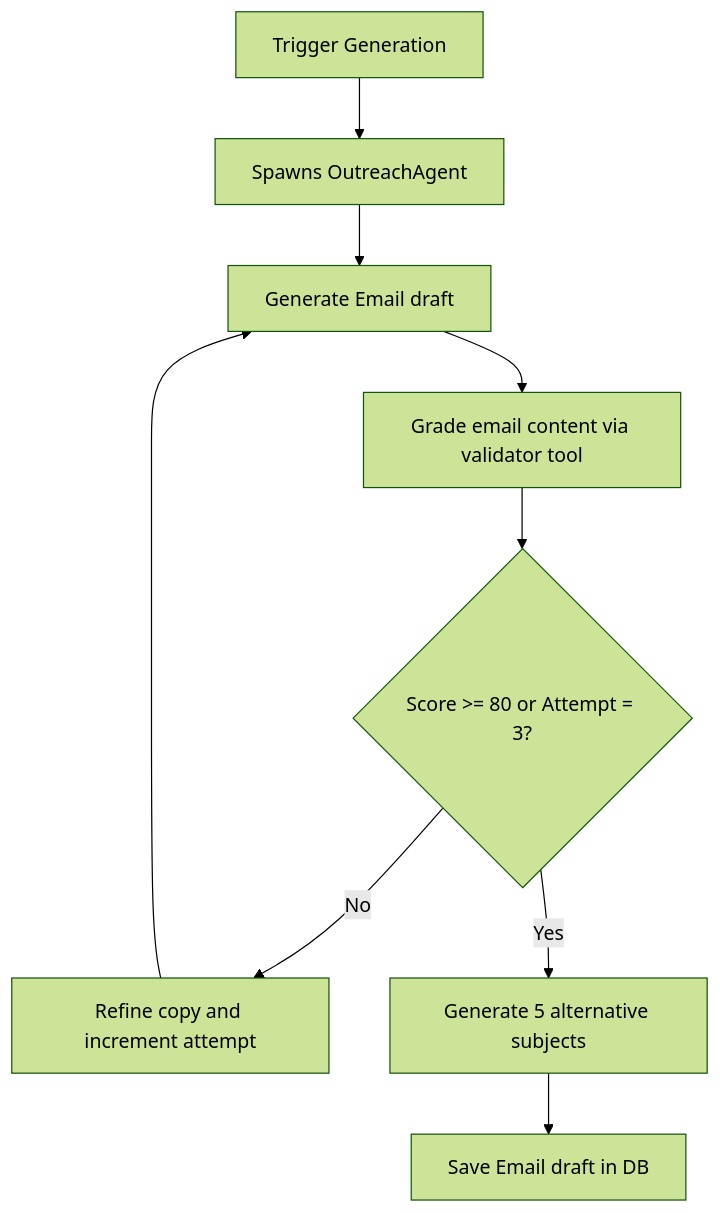
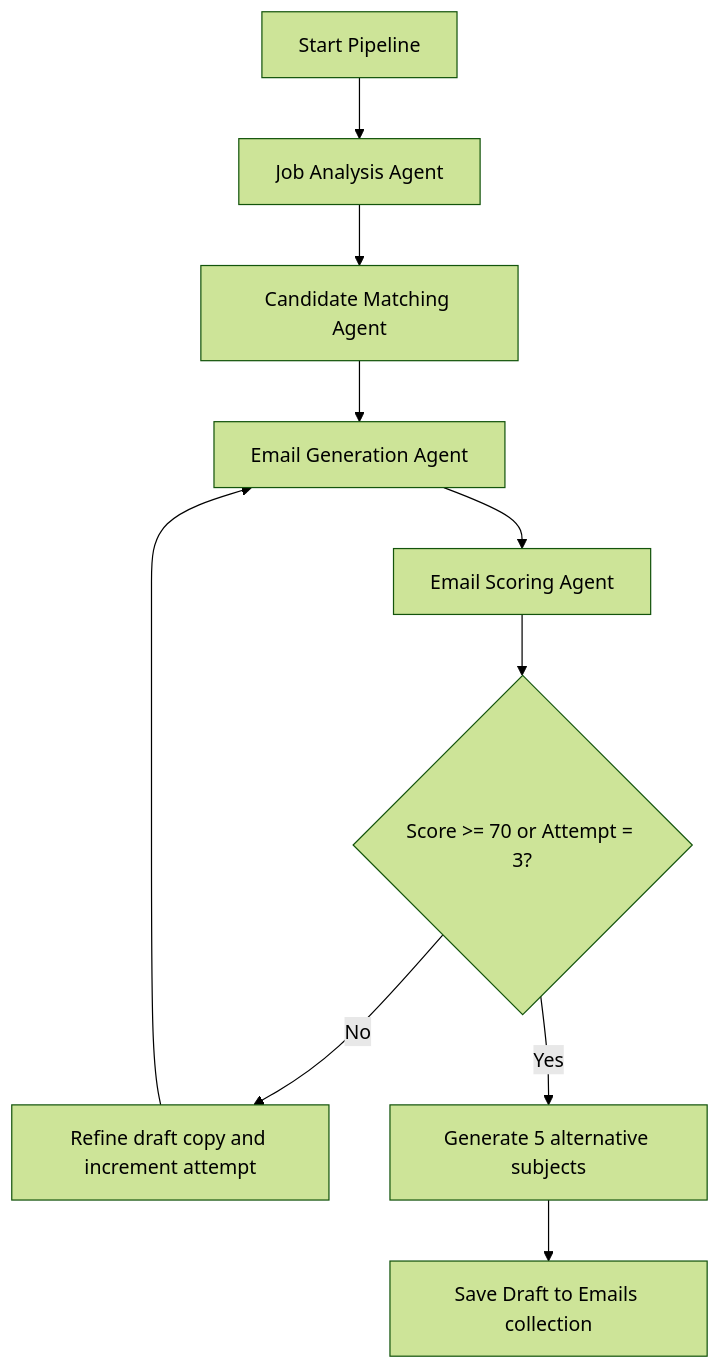
Before and after one commit to tamal006/cold-email-ai-agent: the third of 3 diagrams in docs/FEATURE_DOCUMENTATION.md, drawn with Mermaid (forest theme). The commit also changed other lines of this file and 107 other files, not shown here.

````diff
--- a/docs/FEATURE_DOCUMENTATION.md
+++ b/docs/FEATURE_DOCUMENTATION.md
@@ -77,11 +77,12 @@
   ```mermaid
   graph TD
-      A[Trigger Generation] --> B[Spawns OutreachAgent]
-      B --> C[Generate Email draft]
-      C --> D[Grade email content via validator tool]
-      D --> E{Score >= 80 or Attempt = 3?}
-      E -->|No| F[Refine copy and increment attempt]
-      F --> C
-      E -->|Yes| G[Generate 5 alternative subjects]
-      G --> H[Save Email draft in DB]
+      A[Start Pipeline] --> B[Job Analysis Agent]
+      B --> C[Candidate Matching Agent]
+      C --> D[Email Generation Agent]
+      D --> E[Email Scoring Agent]
+      E --> F{Score >= 70 or Attempt = 3?}
+      F -->|No| G[Refine draft copy and increment attempt]
+      G --> D
+      F -->|Yes| H[Generate 5 alternative subjects]
+      H --> I[Save Draft to Emails collection]
   ```
````
